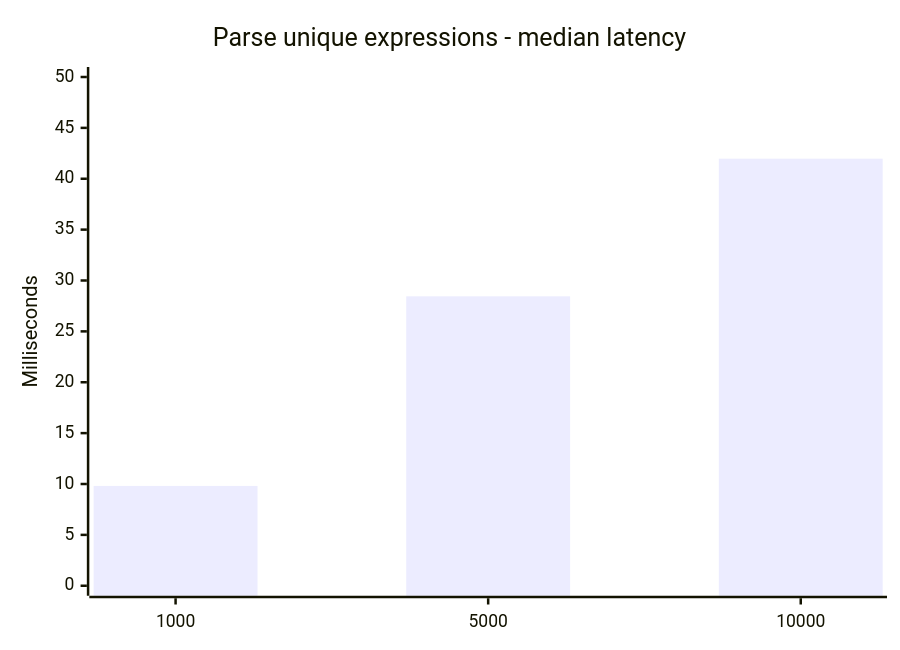
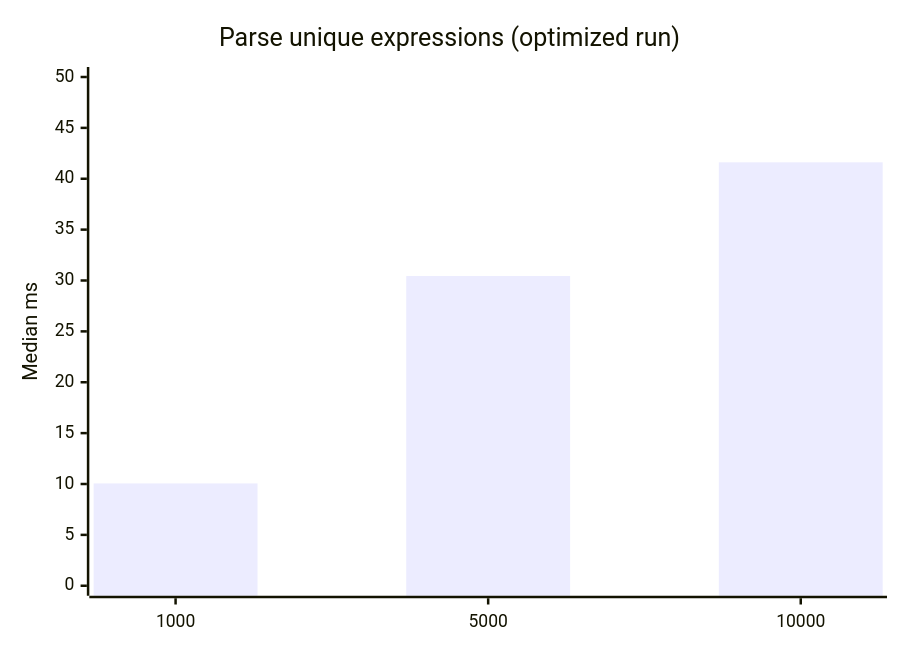
Before and after one commit to robert-sanders-software-ontwikkeling/rs-x: the first of 7 diagrams in reports/rsx-spa-performance/README.md, drawn with Mermaid. The commit also changed other lines of this file and 3 other files, not shown here.

````diff
--- a/reports/rsx-spa-performance/README.md
+++ b/reports/rsx-spa-performance/README.md
@@ -37,7 +51,7 @@
 ```mermaid
 xychart-beta
-  title "Parse unique expressions - median latency"
+  title "Parse unique expressions (optimized run)"
   x-axis [1000, 5000, 10000]
-  y-axis "Milliseconds" 0 --> 50
-  bar [9.808, 28.445, 41.971]
+  y-axis "Median ms" 0 --> 50
+  bar [10.057, 30.439, 41.613]
 ```
````
